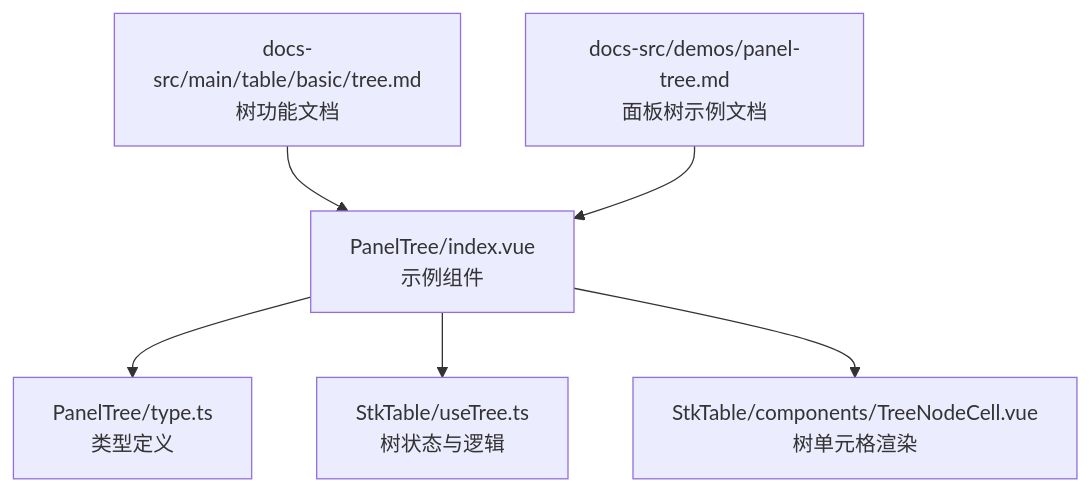
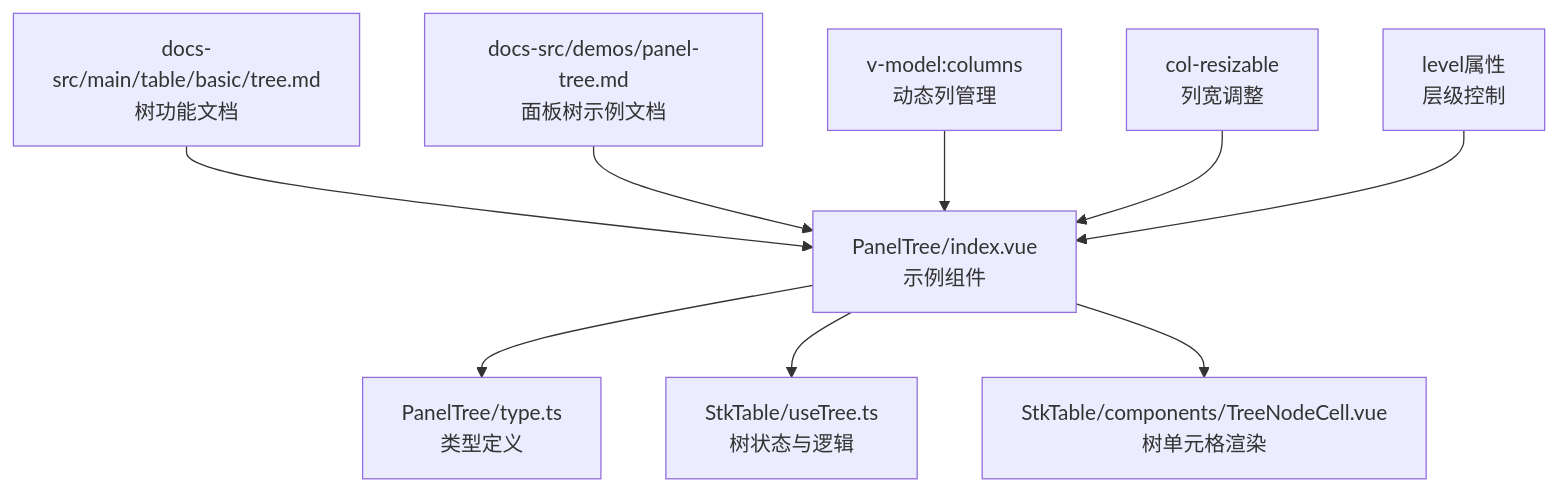
The first of 5 diagrams in .qoder/repowiki/zh/content/示例演示/面板树示例.md (ja-plus/stk-table-vue), drawn with Mermaid before and after one commit. The commit also changed other lines of this file and 19 other files, not shown here.

````diff
--- a/.qoder/repowiki/zh/content/示例演示/面板树示例.md
+++ b/.qoder/repowiki/zh/content/示例演示/面板树示例.md
@@ -31,8 +42,11 @@
 ```mermaid
 graph TB
 A["PanelTree/index.vue<br/>示例组件"] --> B["PanelTree/type.ts<br/>类型定义"]
 A --> C["StkTable/useTree.ts<br/>树状态与逻辑"]
 A --> D["StkTable/components/TreeNodeCell.vue<br/>树单元格渲染"]
 E["docs-src/main/table/basic/tree.md<br/>树功能文档"] --> A
 F["docs-src/demos/panel-tree.md<br/>面板树示例文档"] --> A
+G["v-model:columns<br/>动态列管理"] --> A
+H["col-resizable<br/>列宽调整"] --> A
+I["level属性<br/>层级控制"] --> A
 ```
````
